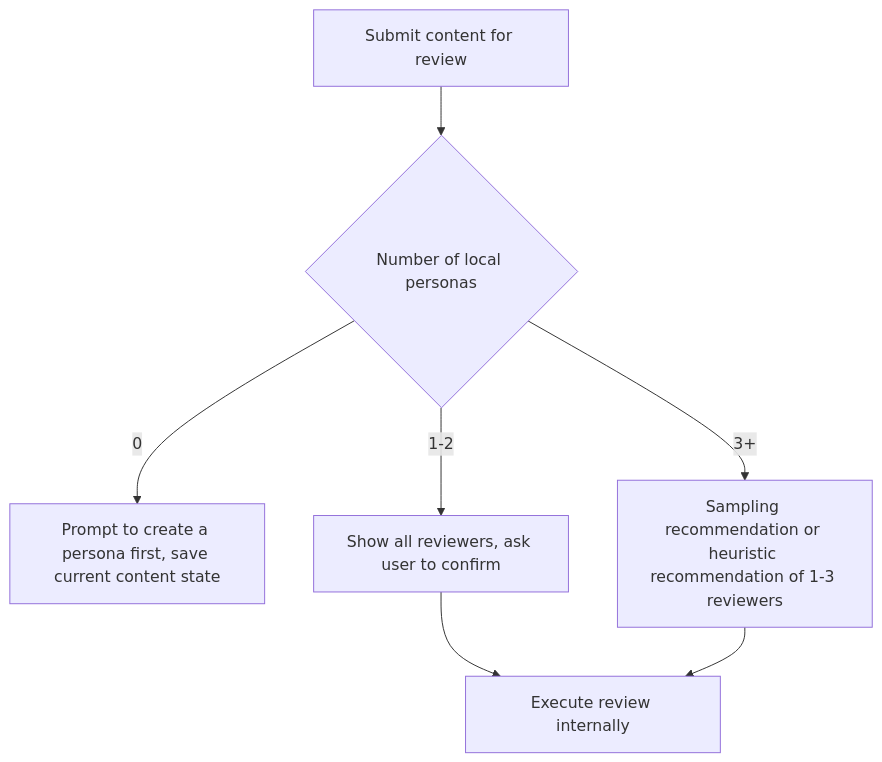
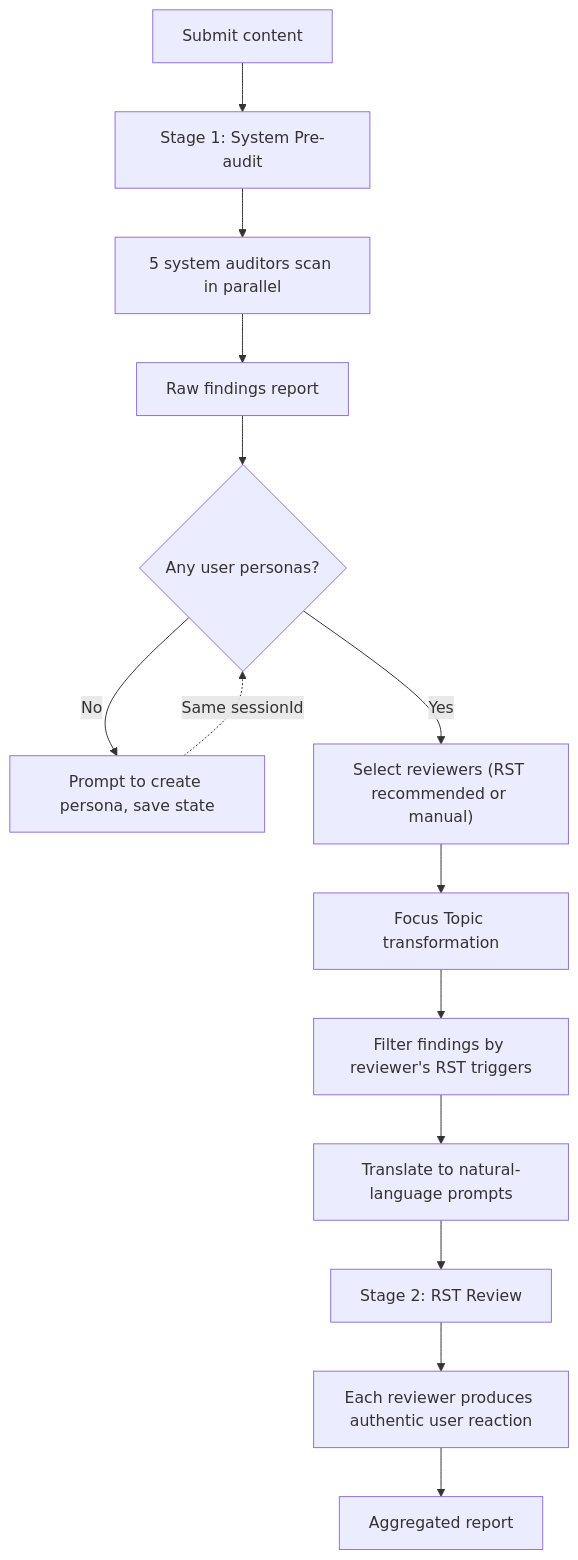
One commit to ChurzeXo/kevlar-4u changed the first of 3 diagrams in README.ja.md. Above: the diagram before and after it, drawn with Mermaid. The commit also changed other lines of this file and 15 other files, not shown here.

````diff
--- a/README.ja.md
+++ b/README.ja.md
@@ -109,9 +109,16 @@
 ```mermaid
 flowchart TD
-  A["Submit content for review"] --> B{"Number of local personas"}
-  B -->|0| C["Prompt to create a persona first, save current content state"]
-  B -->|1-2| D["Show all reviewers, ask user to confirm"]
-  B -->|3+| E["Sampling recommendation or heuristic recommendation of 1-3 reviewers"]
-  D --> F["Execute review internally"]
-  E --> F
+  A["Submit content"] --> B["Stage 1: System Pre-audit"]
+  B --> C["5 system auditors scan in parallel"]
+  C --> D["Raw findings report"]
+  D --> E{"Any user personas?"}
+  E -->|No| F["Prompt to create persona, save state"]
+  F -.->|"Same sessionId"| E
+  E -->|Yes| G["Select reviewers (RST recommended or manual)"]
+  G --> H["Focus Topic transformation"]
+  H --> I["Filter findings by reviewer's RST triggers"]
+  I --> J["Translate to natural-language prompts"]
+  J --> K["Stage 2: RST Review"]
+  K --> L["Each reviewer produces authentic user reaction"]
+  L --> M["Aggregated report"]
 ```
````
